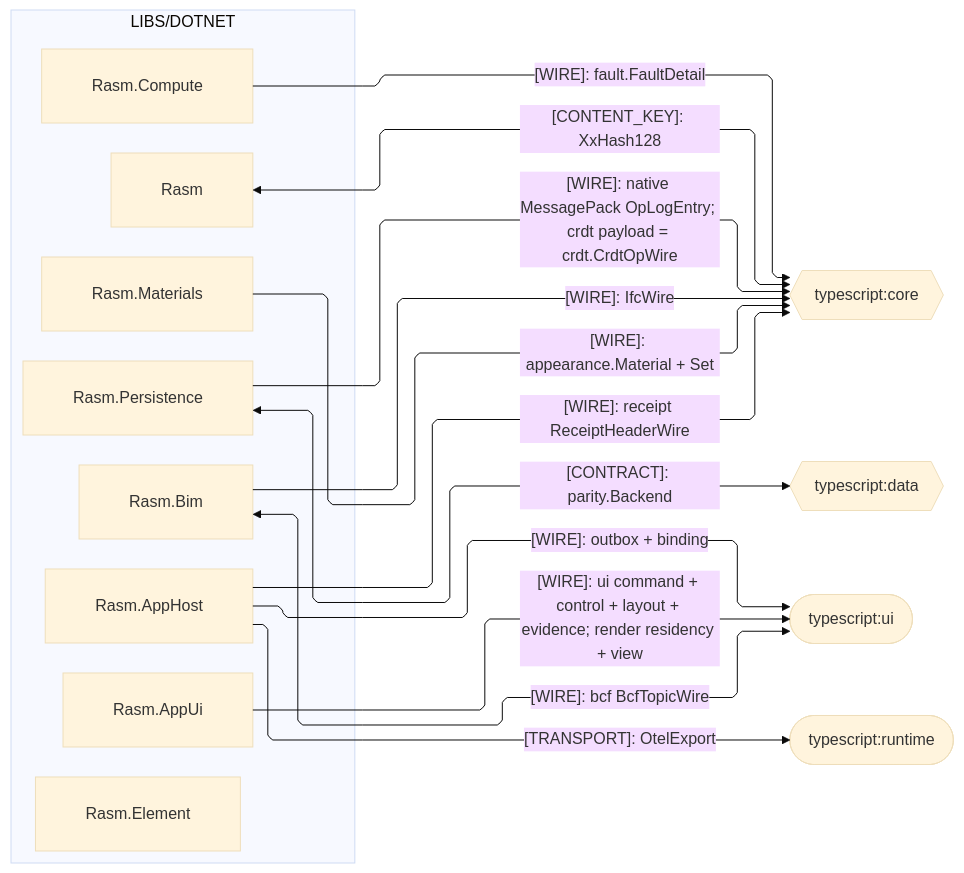
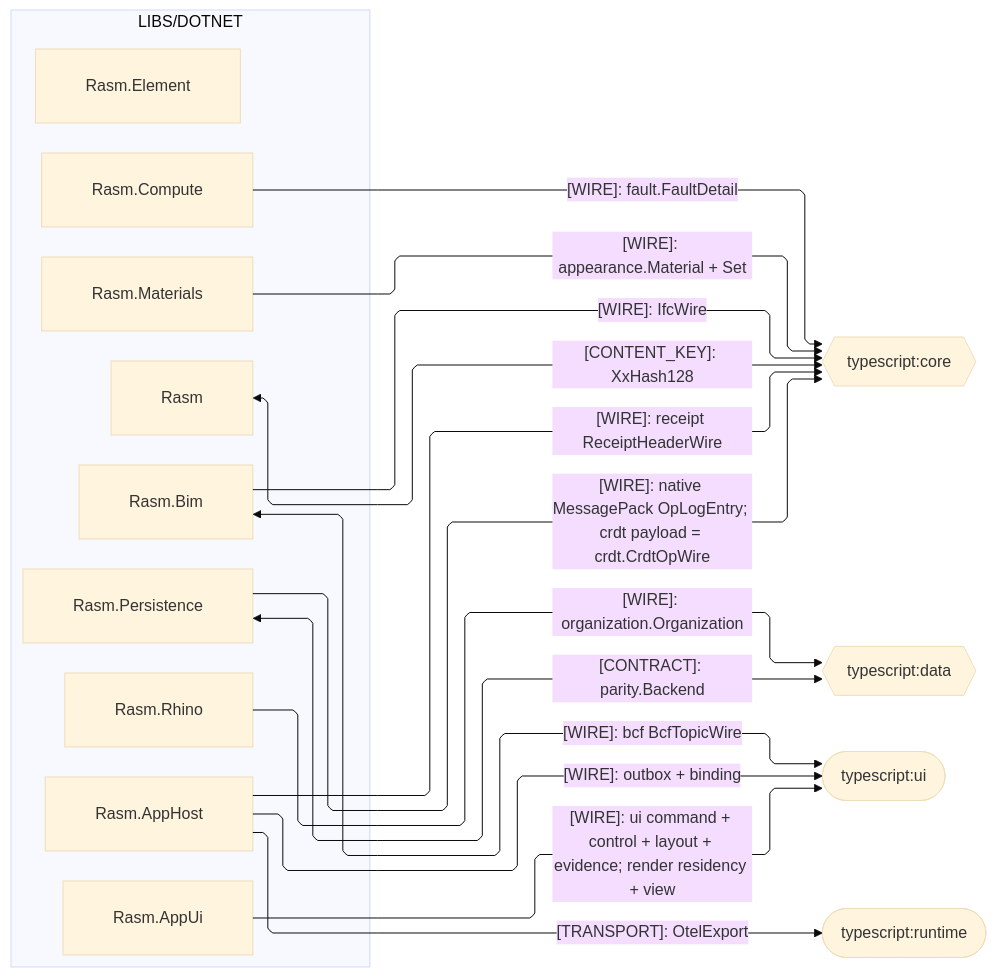
One commit to bsamiee/Rasm changed the third of 5 diagrams in libs/dotnet/.planning/ARCHITECTURE.md. Above: the diagram before and after it, drawn with Mermaid (base theme). The commit also changed other lines of this file and 167 other files, not shown here.

````diff
--- a/libs/dotnet/.planning/ARCHITECTURE.md
+++ b/libs/dotnet/.planning/ARCHITECTURE.md
@@ -173,37 +176,39 @@
 ```mermaid
 ---
 config:
   layout: elk
   flowchart:
     curve: linear
     padding: 25
 ---
 flowchart LR
     accTitle: .NET branch typescript seam registry
     accDescr: Which kinded wires the .NET packages produce for the typescript core, data, runtime, and ui domains to decode.
     subgraph dotnet[LIBS/DOTNET]
         Rasm[Rasm]
         Element[Rasm.Element]
         Persistence[Rasm.Persistence]
         Bim[Rasm.Bim]
         Materials[Rasm.Materials]
         Compute[Rasm.Compute]
         AppUi[Rasm.AppUi]
         AppHost[Rasm.AppHost]
+        Rhino[Rasm.Rhino]
     end
     TsCore{{typescript:core}}
     TsData{{typescript:data}}
     TsUi([typescript:ui])
     TsRuntime([typescript:runtime])
     Rasm e1@<-->|"[CONTENT_KEY]: XxHash128"| TsCore
     Persistence e3@-->|"[WIRE]: native MessagePack OpLogEntry; crdt payload = crdt.CrdtOpWire"| TsCore
     Bim e4@-->|"[WIRE]: IfcWire"| TsCore
     Bim e5@<-->|"[WIRE]: bcf BcfTopicWire"| TsUi
     Materials e6@-->|"[WIRE]: appearance.Material + Set"| TsCore
     AppUi e7@-->|"[WIRE]: ui command + control + layout + evidence; render residency + view"| TsUi
     AppHost e8@-->|"[WIRE]: receipt ReceiptHeaderWire"| TsCore
     AppHost e9@-->|"[WIRE]: outbox + binding"| TsUi
     Persistence e10@<-->|"[CONTRACT]: parity.Backend"| TsData
     AppHost e11@-->|"[TRANSPORT]: OtelExport"| TsRuntime
     Compute e12@-->|"[WIRE]: fault.FaultDetail"| TsCore
+    Rhino e13@-->|"[WIRE]: organization.Organization"| TsData
 ```
````
